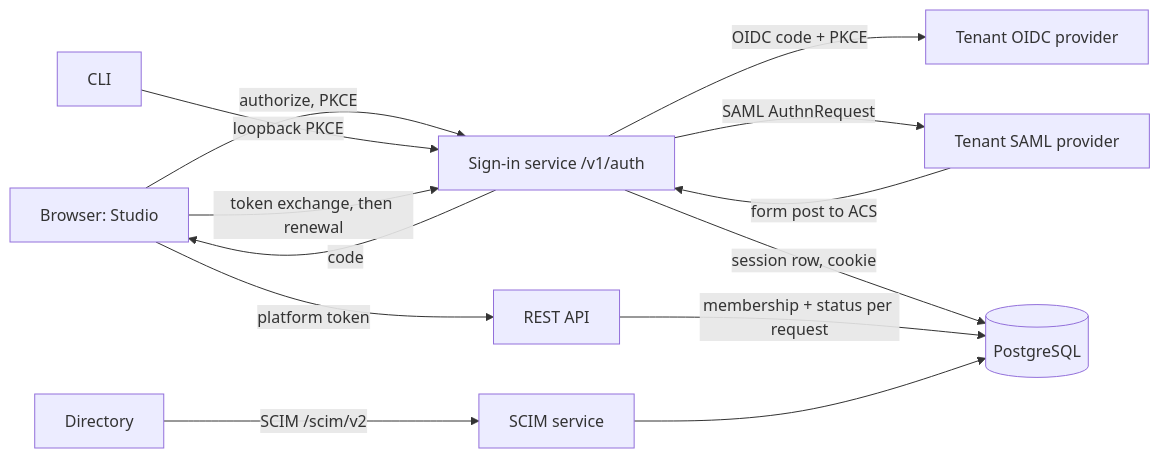
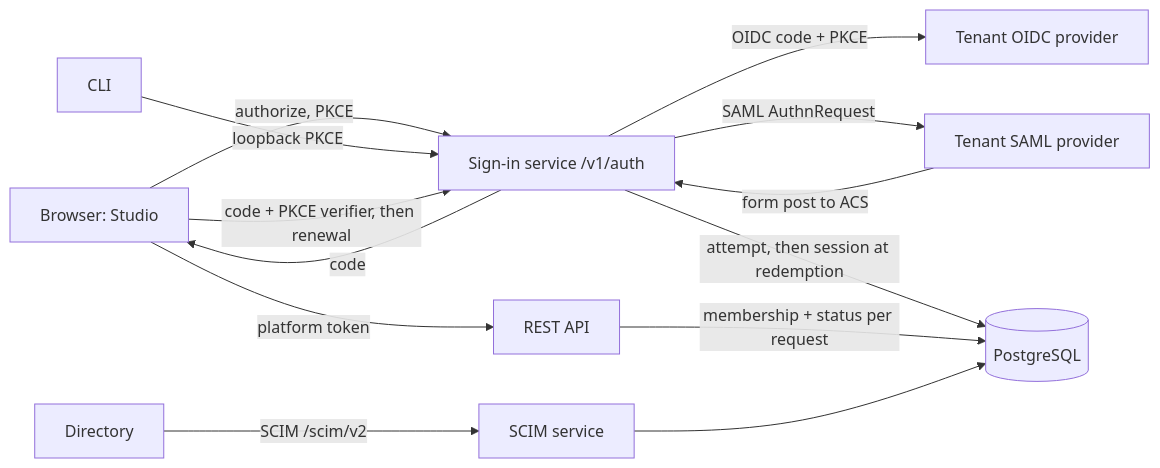
The diagram in docs/designs/013-federated-login.md (ortisun/sagat-octopus-orchestrator), drawn with Mermaid before and after one commit. The commit also changed other lines of this file and 5 other files, not shown here.

````diff
--- a/docs/designs/013-federated-login.md
+++ b/docs/designs/013-federated-login.md
@@ -441,15 +531,15 @@
 ```mermaid
 flowchart LR
   B[Browser: Studio] -->|authorize, PKCE| S[Sign-in service /v1/auth]
   C[CLI] -->|loopback PKCE| S
   S -->|OIDC code + PKCE| O[Tenant OIDC provider]
   S -->|SAML AuthnRequest| M[Tenant SAML provider]
   M -->|form post to ACS| S
-  S -->|session row, cookie| P[(PostgreSQL)]
+  S -->|attempt, then session at redemption| P[(PostgreSQL)]
   S -->|code| B
-  B -->|token exchange, then renewal| S
+  B -->|code + PKCE verifier, then renewal| S
   B -->|platform token| A[REST API]
   A -->|membership + status per request| P
   D[Directory] -->|SCIM /scim/v2| R[SCIM service]
   R --> P
 ```
````
